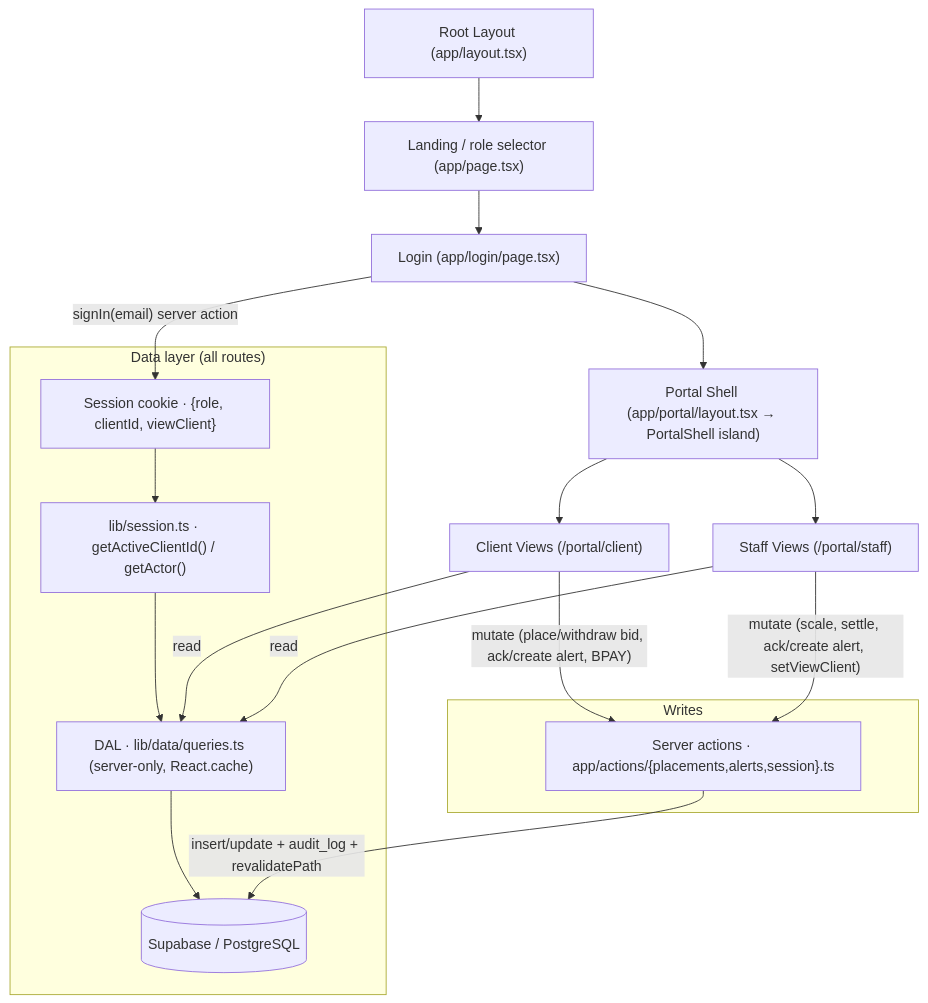
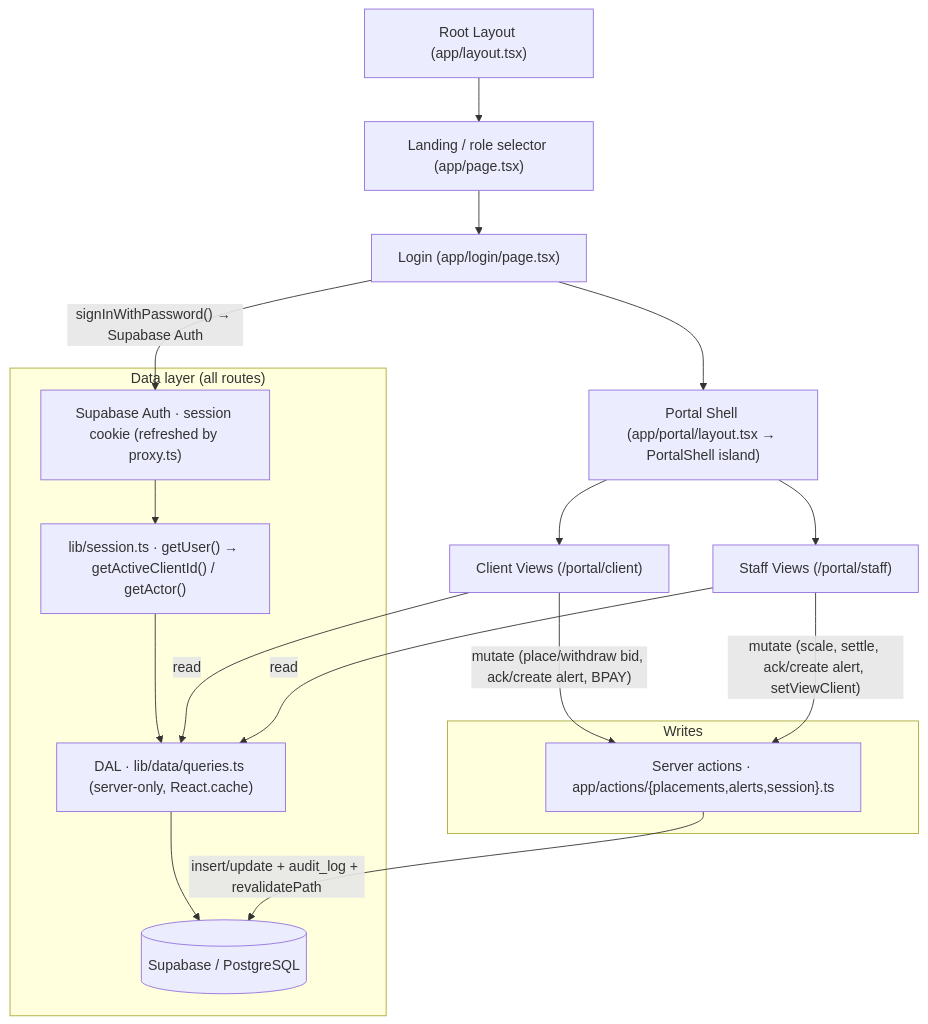
One commit to Vitti-Capital-Tech/client-dashboard changed the diagram in docs/HLD.md. Above: the diagram before and after it, drawn with Mermaid. The commit also changed other lines of this file and 29 other files, not shown here.

Commit message:
Added multiple accounts support and supabase auth and rls

````diff
--- a/docs/HLD.md
+++ b/docs/HLD.md
@@ -17,26 +17,26 @@
 ```mermaid
 graph TD
     Root["Root Layout (app/layout.tsx)"] --> Landing["Landing / role selector (app/page.tsx)"]
     Landing --> Login["Login (app/login/page.tsx)"]
-    Login -->|"signIn(email) server action"| Cookie["Session cookie · {role, clientId, viewClient}"]
+    Login -->|"signInWithPassword() → Supabase Auth"| Auth["Supabase Auth · session cookie (refreshed by proxy.ts)"]
     Login --> E["Portal Shell (app/portal/layout.tsx → PortalShell island)"]
 
     E --> F["Client Views (/portal/client)"]
     E --> G["Staff Views (/portal/staff)"]
 
     subgraph "Data layer (all routes)"
-        Cookie --> Session["lib/session.ts · getActiveClientId() / getActor()"]
+        Auth --> Session["lib/session.ts · getUser() → getActiveClientId() / getActor()"]
         Session --> DAL["DAL · lib/data/queries.ts (server-only, React.cache)"]
         DAL --> Supa[("Supabase / PostgreSQL")]
     end
 
     subgraph "Writes"
         Actions["Server actions · app/actions/{placements,alerts,session}.ts"]
         Actions -->|"insert/update + audit_log + revalidatePath"| Supa
     end
 
     F -->|"read"| DAL
     G -->|"read"| DAL
     F -->|"mutate (place/withdraw bid, ack/create alert, BPAY)"| Actions
     G -->|"mutate (scale, settle, ack/create alert, setViewClient)"| Actions
 ```
````
